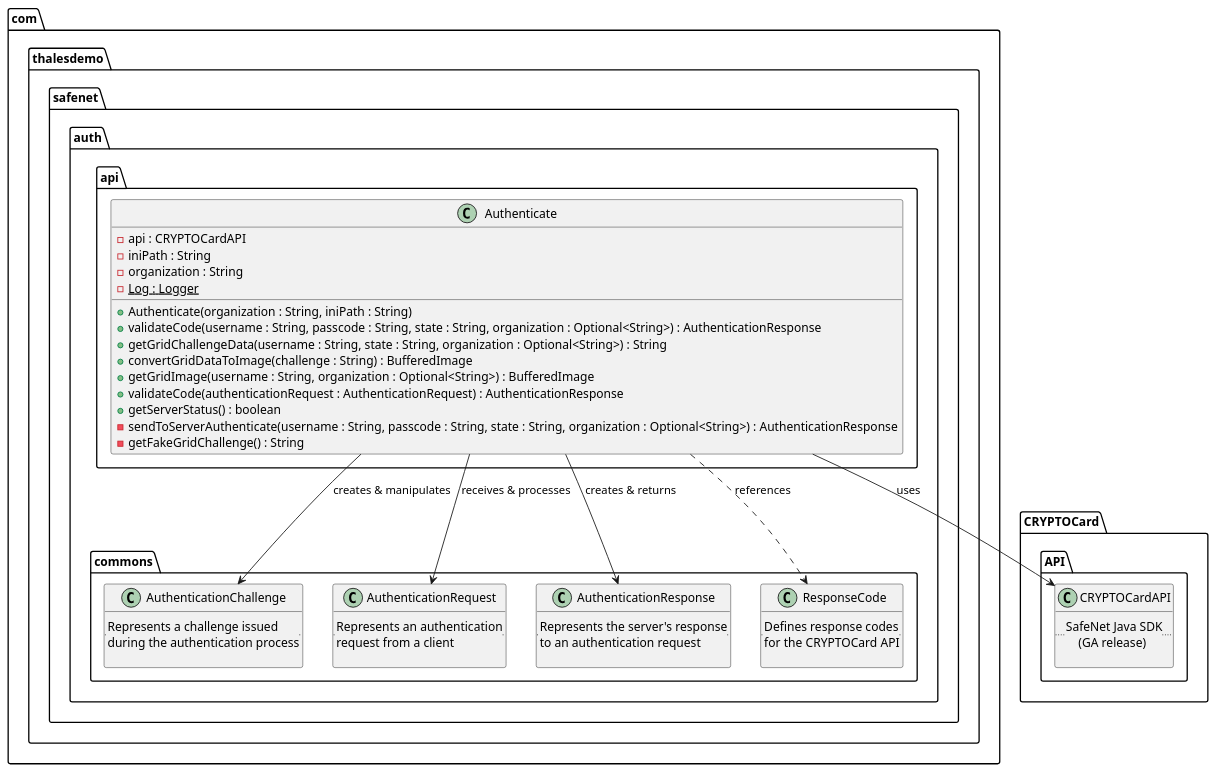
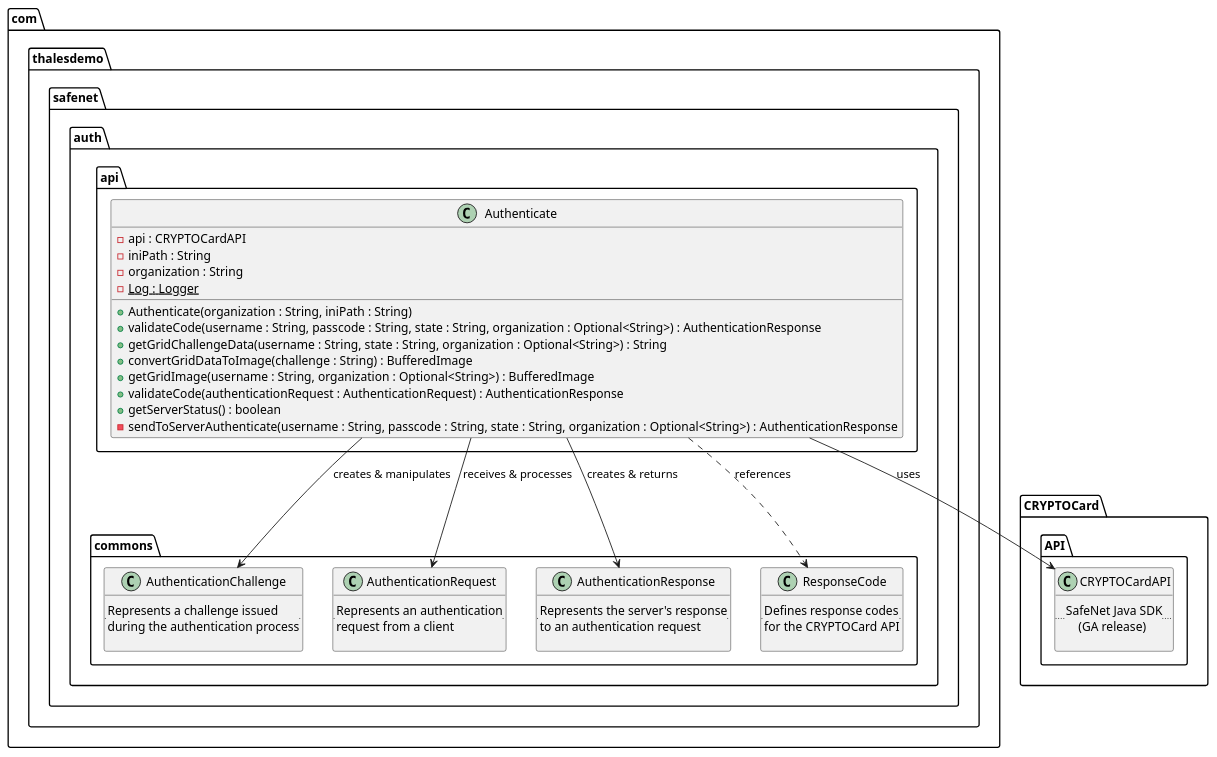
Before and after one commit to thalesdemo/safenet-auth-api: the diagram in docs/uml/Authenticate.puml, drawn with PlantUML. The commit also changed 2 other files, not shown here.

Commit message:
removed demo artifact (fake grid challenge) and prep for new auth sdk

```diff
--- a/docs/uml/Authenticate.puml
+++ b/docs/uml/Authenticate.puml
@@ -1,63 +1,61 @@
 @startuml AuthenticateClassDiagram
 package com.thalesdemo.safenet.auth.api {
     class Authenticate {
         ' The CRYPTOCard API instance.
         -api : CRYPTOCardAPI
         ' The path to the INI file for the CRYPTOCard API configuration.
         -iniPath : String
         ' The name of the virtual server for the CRYPTOCard API.
         -organization : String
         ' The logger for the Authenticate class.
         -Log : Logger {static}
 
         ' Creates a new instance of the Authenticate class with the specified organization and INI file path.
         +Authenticate(organization : String, iniPath : String)
         ' Validates a passcode for the specified username and state.
         +validateCode(username : String, passcode : String, state : String, organization : Optional<String>) : AuthenticationResponse
         ' Retrieves the GrIDsure challenge data for the specified username and state.
         +getGridChallengeData(username : String, state : String, organization : Optional<String>) : String
         ' Converts a GridSure challenge string to a BufferedImage object.
         +convertGridDataToImage(challenge : String) : BufferedImage
         ' Retrieves the GrIDsure challenge for the specified user and converts it to a BufferedImage object.
         +getGridImage(username : String, organization : Optional<String>) : BufferedImage
         ' Validates the authentication request by sending it to the CRYPTOCard API server.
         +validateCode(authenticationRequest : AuthenticationRequest) : AuthenticationResponse
         ' Returns a boolean value indicating whether the server is up or down.
         +getServerStatus() : boolean
         ' Sends an authentication request to the CRYPTOCard API server.
         -sendToServerAuthenticate(username : String, passcode : String, state : String, organization : Optional<String>) : AuthenticationResponse
-        ' Generates fake grid challenge data.
-        -getFakeGridChallenge() : String
     }
 }
 
 package com.thalesdemo.safenet.auth.commons {
     class AuthenticationChallenge {
         .. Represents a challenge issued\nduring the authentication process ..
     }
 
     class AuthenticationRequest {
         .. Represents an authentication\nrequest from a client ..
     }
 
     class AuthenticationResponse {
         .. Represents the server's response\nto an authentication request ..
     }
 
     class ResponseCode {
         .. Defines response codes\nfor the CRYPTOCard API ..
     }
 }
 
 package CRYPTOCard.API {
     class CRYPTOCardAPI {
         .. SafeNet Java SDK\n    (GA release) ..
     }
 }
 
 Authenticate --> CRYPTOCardAPI : uses
 Authenticate --> AuthenticationResponse : creates & returns
 Authenticate --> AuthenticationChallenge : creates & manipulates
 Authenticate --> AuthenticationRequest : receives & processes
 Authenticate ..> ResponseCode : references
 @enduml
```
